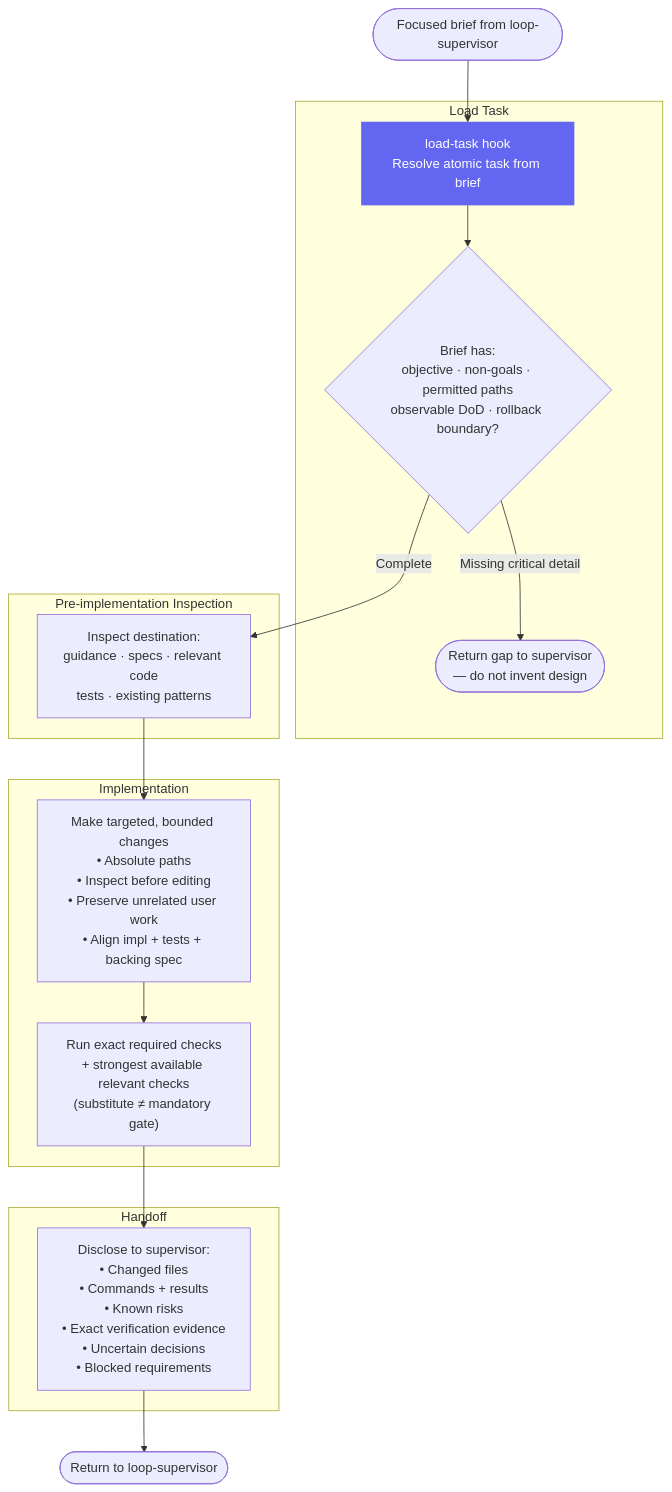
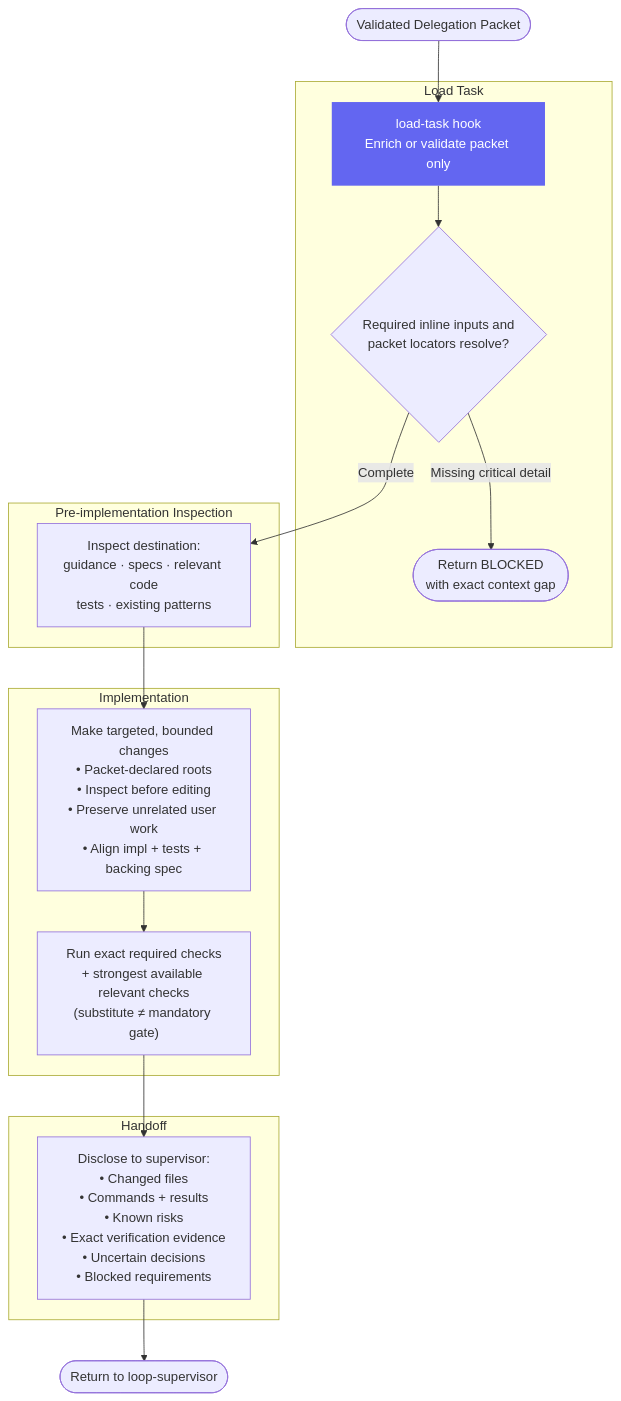
One commit to ericmaster/agent-fabric changed the diagram in docs/architecture/implementor.md. Above: the diagram before and after it, drawn with Mermaid. The commit also changed other lines of this file and 22 other files, not shown here.

First line of the commit message:
feat(agents): enforce fail-closed fresh-context Delegation Packet contract

````diff
--- a/docs/architecture/implementor.md
+++ b/docs/architecture/implementor.md
@@ -10,35 +13,35 @@
 ```mermaid
 flowchart TD
-    START([Focused brief from loop-supervisor]) --> LT
+    START([Validated Delegation Packet]) --> LT
 
     subgraph "Load Task"
-        LT["load-task hook\nResolve atomic task from brief"]
-        CHECK{"Brief has:\nobjective · non-goals · permitted paths\nobservable DoD · rollback boundary?"}
-        GAP([Return gap to supervisor\n— do not invent design])
+        LT["load-task hook\nEnrich or validate packet only"]
+        CHECK{"Required inline inputs and\npacket locators resolve?"}
+        GAP([Return BLOCKED\nwith exact context gap])
     end
 
     LT --> CHECK
     CHECK -- "Missing critical detail" --> GAP
     CHECK -- Complete --> INSPECT
 
     subgraph "Pre-implementation Inspection"
         INSPECT["Inspect destination:\nguidance · specs · relevant code\ntests · existing patterns"]
     end
 
     INSPECT --> IMPLEMENT
 
     subgraph "Implementation"
-        IMPLEMENT["Make targeted, bounded changes\n• Absolute paths\n• Inspect before editing\n• Preserve unrelated user work\n• Align impl + tests + backing spec"]
+        IMPLEMENT["Make targeted, bounded changes\n• Packet-declared roots\n• Inspect before editing\n• Preserve unrelated user work\n• Align impl + tests + backing spec"]
         VERIFY["Run exact required checks\n+ strongest available relevant checks\n(substitute ≠ mandatory gate)"]
     end
 
     IMPLEMENT --> VERIFY
 
     subgraph "Handoff"
         DISCLOSE["Disclose to supervisor:\n• Changed files\n• Commands + results\n• Known risks\n• Exact verification evidence\n• Uncertain decisions\n• Blocked requirements"]
     end
 
     VERIFY --> DISCLOSE --> DONE([Return to loop-supervisor])
 
     style LT fill:#6366f1,color:#fff,stroke:none
 ```
````
